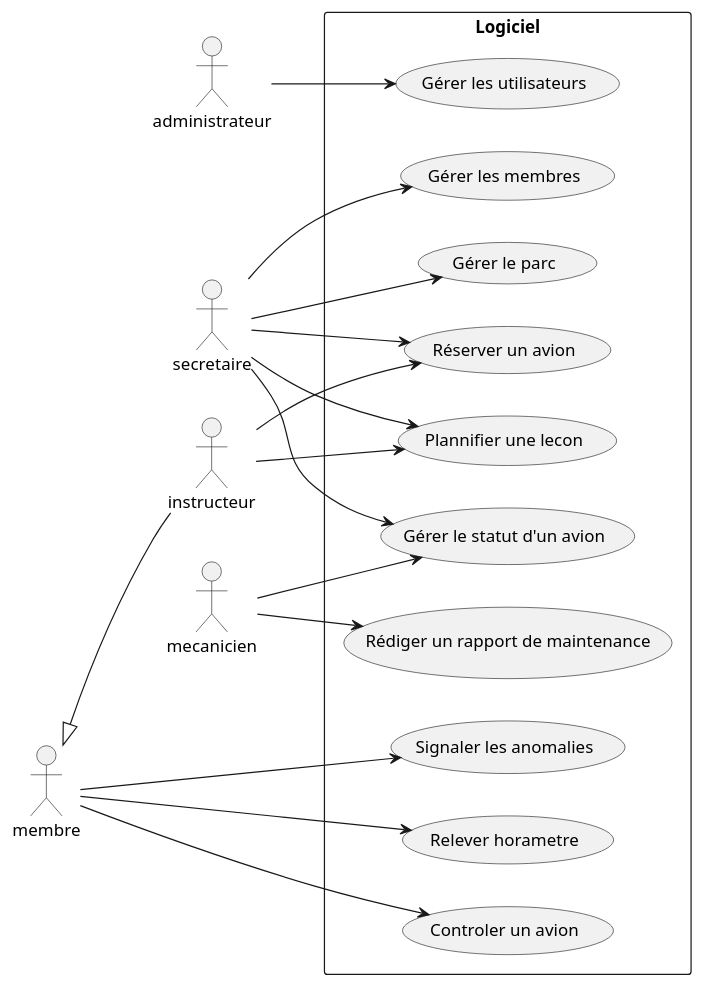
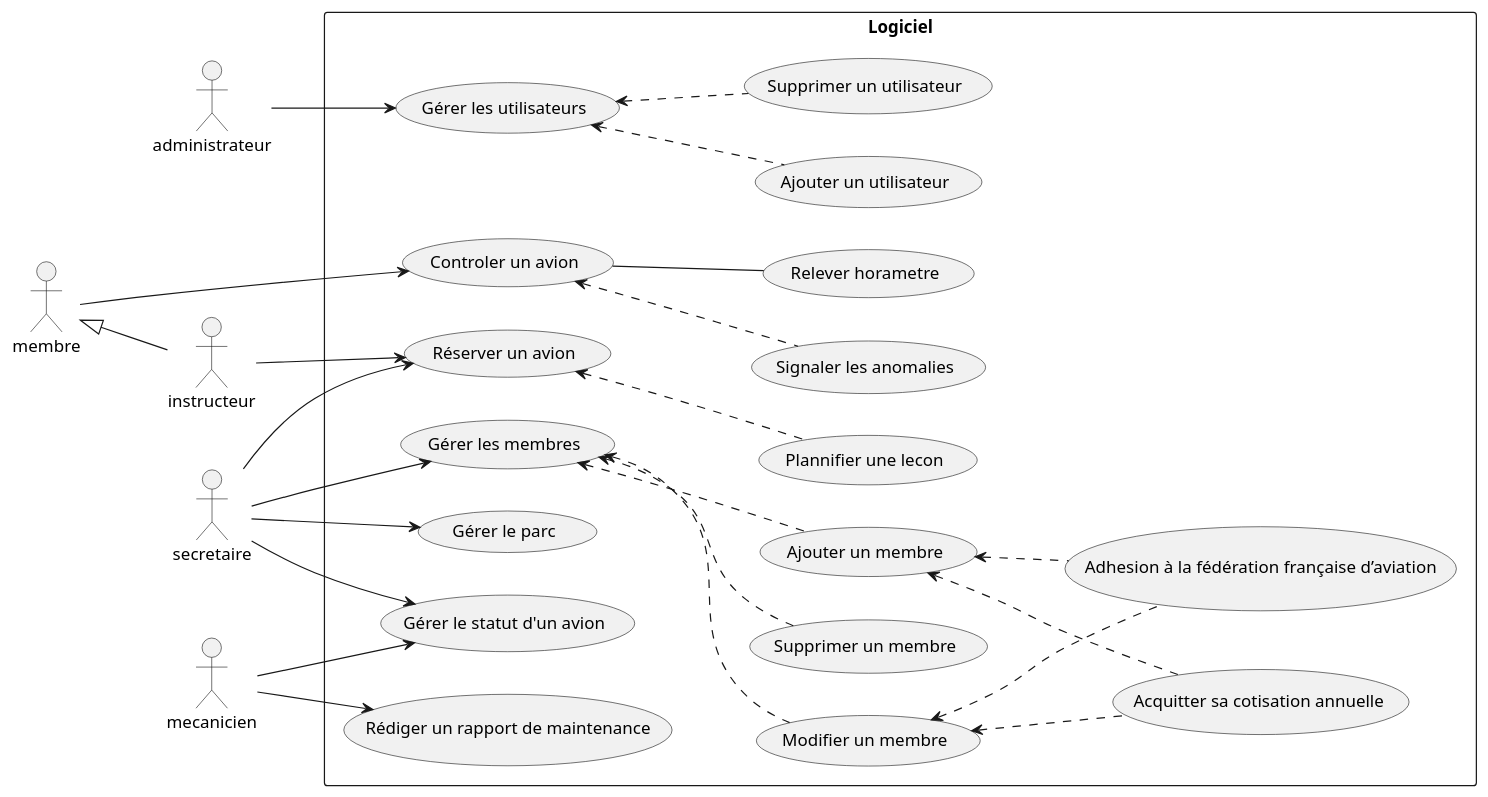
The diagram in Usecase.md (Wakayo-Quozorox/aero-UML), drawn with PlantUML before and after one commit.

Commit message:
Détail du Usecasediagram

```diff
--- a/Usecase.md
+++ b/Usecase.md
@@ -3,60 +3,79 @@
 @startuml
 
 ' actors
 
-'together {
-    actor administrateur
-    actor secretaire
-    actor mecanicien
-    actor membre
-    'together {
-        actor instructeur
-        'actor eleve
-    '}
-'}
+actor administrateur
+
+actor membre
+actor instructeur
+actor secretaire
+actor mecanicien
 
 ' heritage des acteurs
 top to bottom direction
 
 membre <|-- instructeur
 
 ' logiciel
 
 rectangle Logiciel {
     ' use cases    
     (Gérer le parc) as gererParc
     (Réserver un avion) as reserverAvion
     (Controler un avion) as controlerAvion
     (Signaler les anomalies) as signalerAnomalie
     (Relever horametre) as releverHorametre
     (Gérer le statut d'un avion) as gererStatutAvion
 
     (Plannifier une lecon) as plannifierLecon
     
-    (Gérer les membres) as gererMembres
+    (Gérer les membres) as gererMembre
+    (Ajouter un membre) as ajouterMembre
+    (Modifier un membre) as modifierMembre
+    (Supprimer un membre) as supprimerMembre
+    (Acquitter sa cotisation annuelle) as acquitCotisation
+    (Adhesion à la fédération française d’aviation) as adhesionFFA
+
     (Gérer les utilisateurs) as gererUtilisateurs
+    (Ajouter un utilisateur) as ajouterUtilisateur
+    (Supprimer un utilisateur) as supprimerUtilisateur
 
     (Rédiger un rapport de maintenance) as redigerRapport
+
+    reserverAvion <.. plannifierLecon
+
+    controlerAvion <.. signalerAnomalie
+    controlerAvion -- releverHorametre
+
+    gererUtilisateurs <.. ajouterUtilisateur
+    gererUtilisateurs <.. supprimerUtilisateur
+
+    gererMembre <.. ajouterMembre
+    gererMembre <.. modifierMembre
+    gererMembre <.. supprimerMembre
+    modifierMembre <.. acquitCotisation
+    modifierMembre <.. adhesionFFA
+    
+    ajouterMembre <.. acquitCotisation
+    ajouterMembre <.. adhesionFFA
 }
+
+
 
 left to right direction
 
 membre --> controlerAvion
-membre --> signalerAnomalie
-membre --> releverHorametre
 
-secretaire --> gererMembres
+secretaire --> gererMembre
 secretaire --> gererStatutAvion
 secretaire --> reserverAvion
-secretaire --> plannifierLecon
 secretaire --> gererParc
 
 administrateur --> gererUtilisateurs
 
-instructeur --> plannifierLecon
 instructeur --> reserverAvion
 
 mecanicien --> redigerRapport
 mecanicien --> gererStatutAvion
 
 @enduml
```
